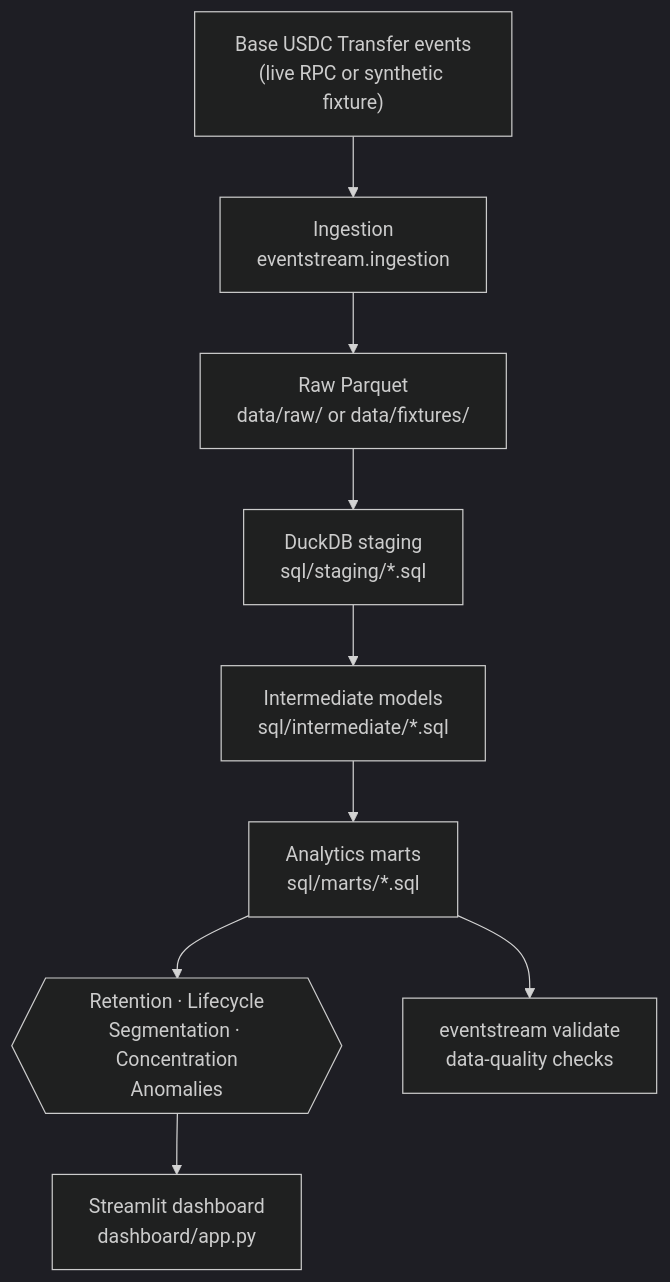
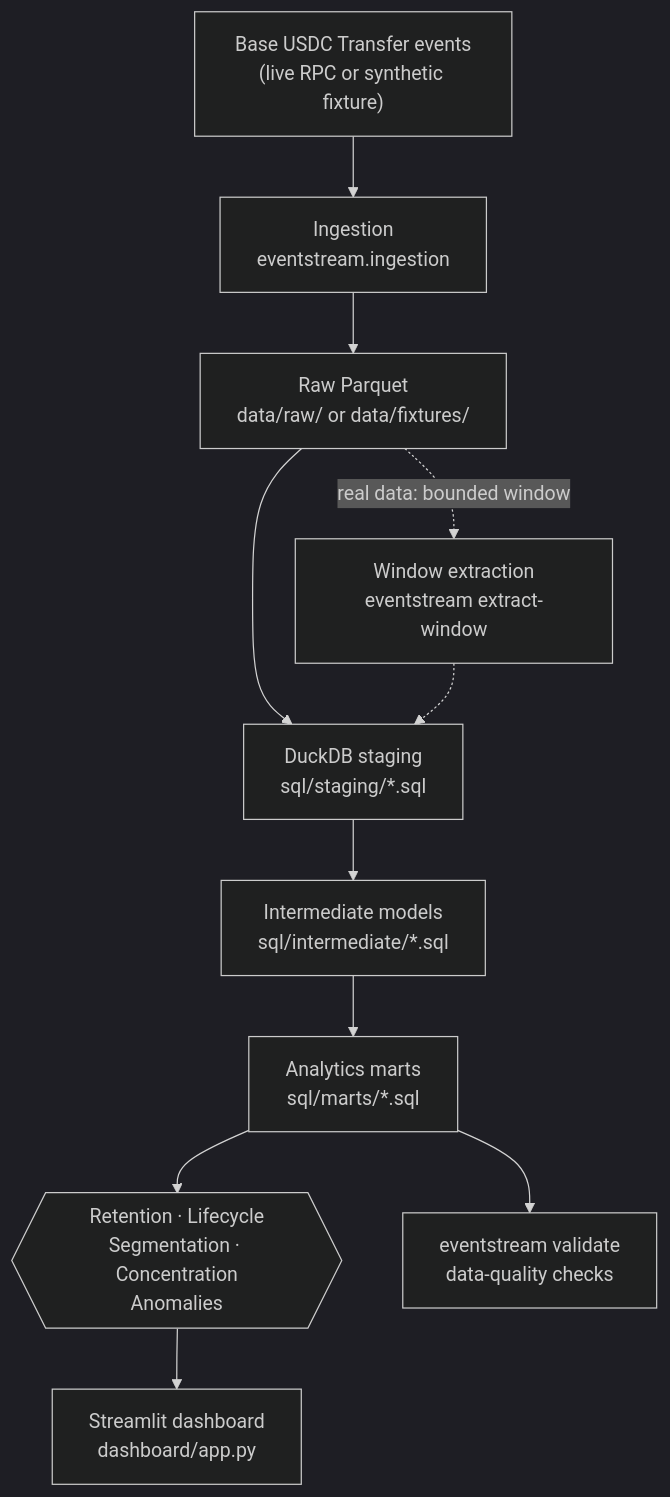
The first of 2 diagrams in docs/ARCHITECTURE.md (ethankim02/eventstream-analytics), drawn with Mermaid (dark theme) before and after one commit. The commit also changed other lines of this file and 12 other files, not shown here.

````diff
--- a/docs/ARCHITECTURE.md
+++ b/docs/ARCHITECTURE.md
@@ -11,11 +17,13 @@
 ```mermaid
 flowchart TD
     A["Base USDC Transfer events\n(live RPC or synthetic fixture)"] --> B[Ingestion\neventstream.ingestion]
     B --> C["Raw Parquet\ndata/raw/ or data/fixtures/"]
     C --> D["DuckDB staging\nsql/staging/*.sql"]
+    C -.->|"real data: bounded window"| W["Window extraction\neventstream extract-window"]
+    W -.-> D
     D --> E["Intermediate models\nsql/intermediate/*.sql"]
     E --> F["Analytics marts\nsql/marts/*.sql"]
     F --> G{{"Retention · Lifecycle\nSegmentation · Concentration\nAnomalies"}}
     G --> H["Streamlit dashboard\ndashboard/app.py"]
     F --> I["eventstream validate\ndata-quality checks"]
 ```
````
